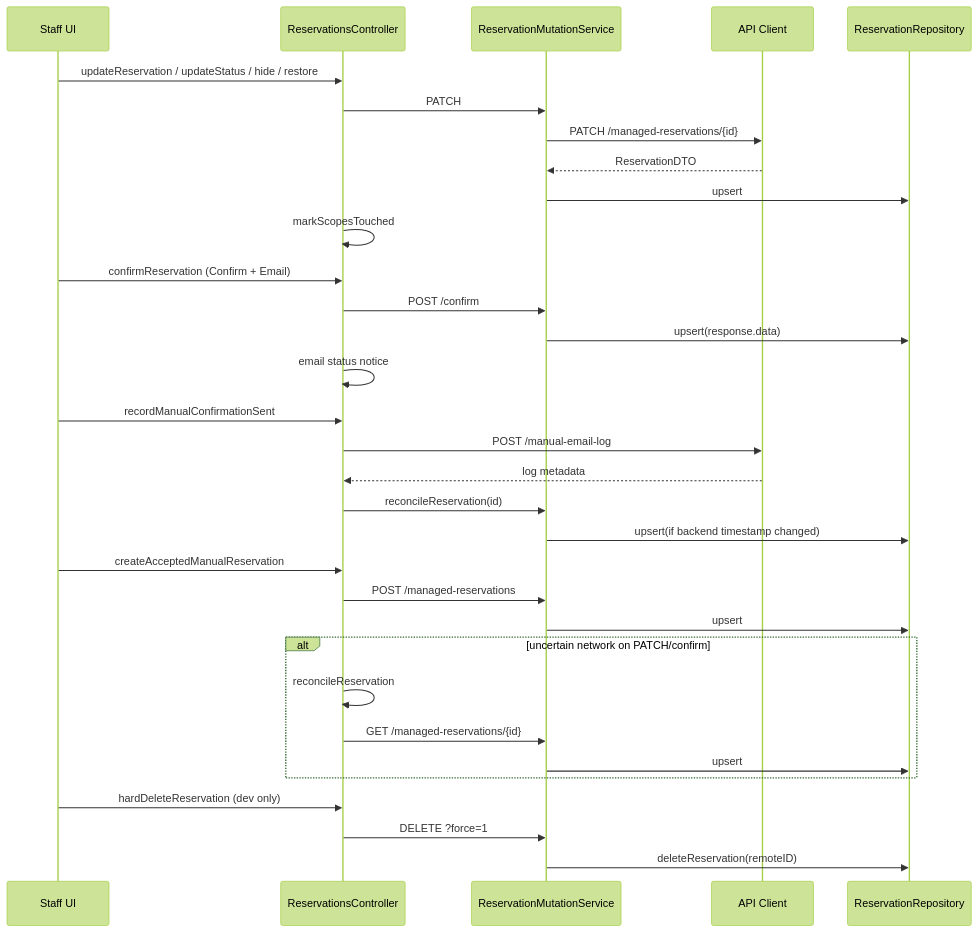
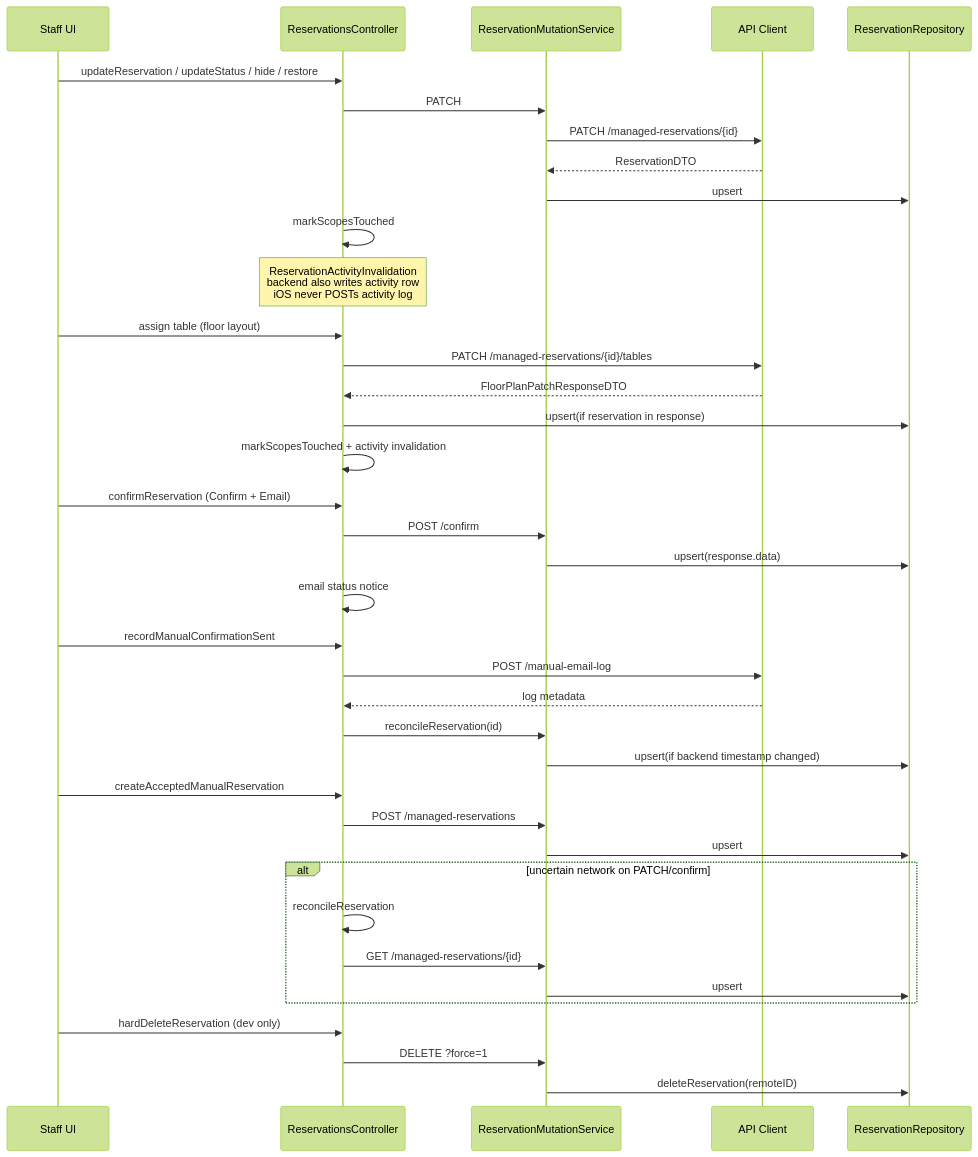
The fifth of 12 diagrams in Docs/ARCHITECTURE_DIAGRAMS.md (bohdan462/Reservation-iOS-App), drawn with Mermaid (forest theme) before and after one commit. The commit also changed other lines of this file and 29 other files, not shown here.

````diff
--- a/Docs/ARCHITECTURE_DIAGRAMS.md
+++ b/Docs/ARCHITECTURE_DIAGRAMS.md
@@ -207,40 +231,47 @@
 ```mermaid
 sequenceDiagram
     participant Staff as Staff UI
     participant C as ReservationsController
     participant M as ReservationMutationService
     participant API as API Client
     participant R as ReservationRepository
 
     Staff->>C: updateReservation / updateStatus / hide / restore
     C->>M: PATCH
     M->>API: PATCH /managed-reservations/{id}
     API-->>M: ReservationDTO
     M->>R: upsert
     C->>C: markScopesTouched
+    Note over C: ReservationActivityInvalidation<br/>backend also writes activity row<br/>iOS never POSTs activity log
+
+    Staff->>C: assign table (floor layout)
+    C->>API: PATCH /managed-reservations/{id}/tables
+    API-->>C: FloorPlanPatchResponseDTO
+    C->>R: upsert(if reservation in response)
+    C->>C: markScopesTouched + activity invalidation
 
     Staff->>C: confirmReservation (Confirm + Email)
     C->>M: POST /confirm
     M->>R: upsert(response.data)
     C->>C: email status notice
 
     Staff->>C: recordManualConfirmationSent
     C->>API: POST /manual-email-log
     API-->>C: log metadata
     C->>M: reconcileReservation(id)
     M->>R: upsert(if backend timestamp changed)
 
     Staff->>C: createAcceptedManualReservation
     C->>M: POST /managed-reservations
     M->>R: upsert
 
     alt uncertain network on PATCH/confirm
         C->>C: reconcileReservation
         C->>M: GET /managed-reservations/{id}
         M->>R: upsert
     end
 
     Staff->>C: hardDeleteReservation (dev only)
     C->>M: DELETE ?force=1
     M->>R: deleteReservation(remoteID)
 ```
````
